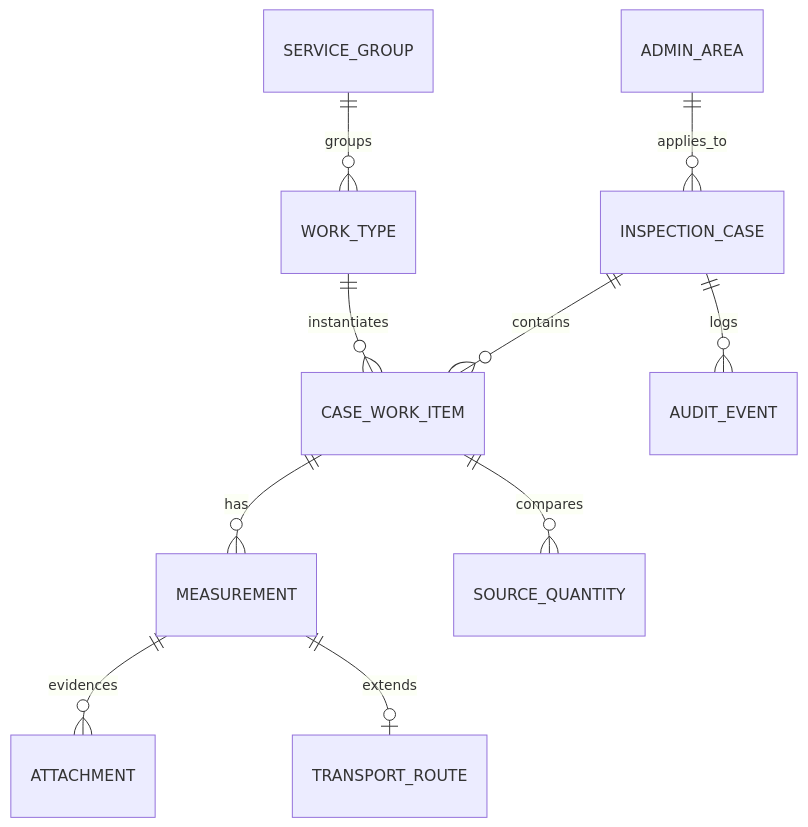
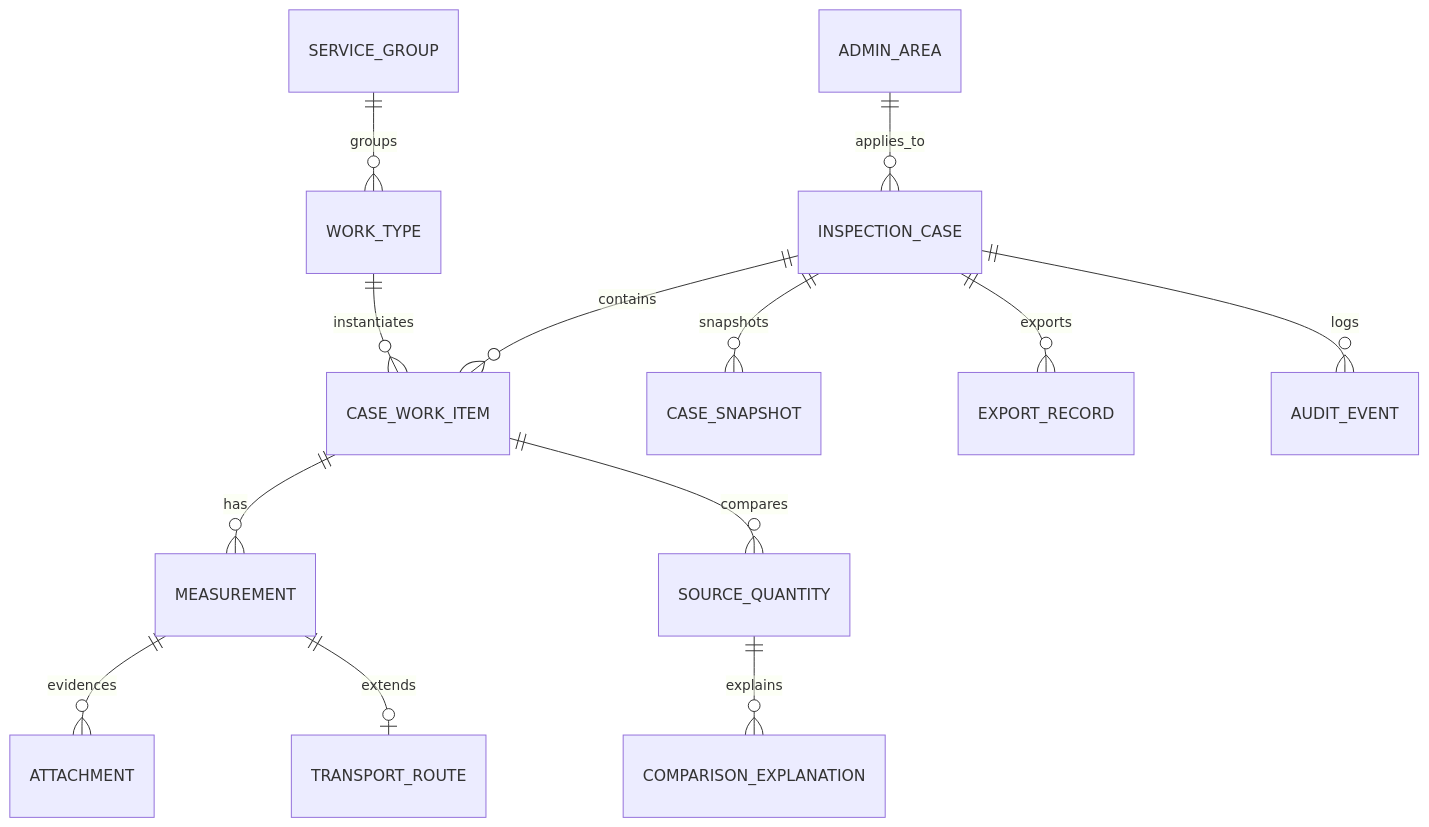
One commit to thanhsonla/dovethanhtra changed the diagram in docs/03_DATA_MODEL.md. Above: the diagram before and after it, drawn with Mermaid. The commit also changed other lines of this file and 38 other files, not shown here.

Commit message:
feat: implement milestone five comparison exports

````diff
--- a/docs/03_DATA_MODEL.md
+++ b/docs/03_DATA_MODEL.md
@@ -13,12 +13,15 @@
 ```mermaid
 erDiagram
   ADMIN_AREA ||--o{ INSPECTION_CASE : applies_to
   INSPECTION_CASE ||--o{ CASE_WORK_ITEM : contains
   SERVICE_GROUP ||--o{ WORK_TYPE : groups
   WORK_TYPE ||--o{ CASE_WORK_ITEM : instantiates
   CASE_WORK_ITEM ||--o{ MEASUREMENT : has
   MEASUREMENT ||--o{ ATTACHMENT : evidences
   MEASUREMENT ||--o| TRANSPORT_ROUTE : extends
   CASE_WORK_ITEM ||--o{ SOURCE_QUANTITY : compares
+  SOURCE_QUANTITY ||--o{ COMPARISON_EXPLANATION : explains
+  INSPECTION_CASE ||--o{ CASE_SNAPSHOT : snapshots
+  INSPECTION_CASE ||--o{ EXPORT_RECORD : exports
   INSPECTION_CASE ||--o{ AUDIT_EVENT : logs
 ```
````
